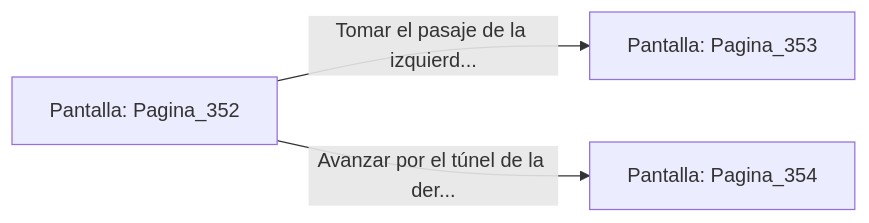
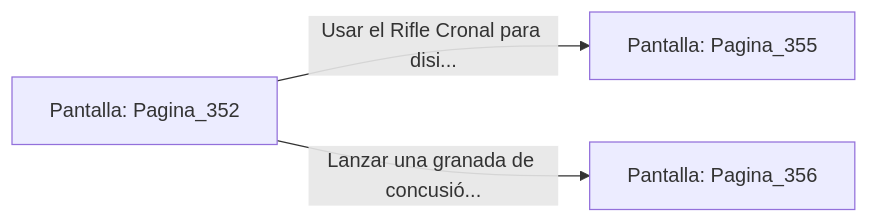
Before and after one commit to metsuke/mpl: the diagram in sample/eligejuego-vault/Pantalla_Pagina_352.md, drawn with Mermaid. The commit also changed other lines of this file and 635 other files, not shown here.

First line of the commit message:
fix: añadir Pagina_1 como pantalla inicial en capitulo_01.mpl

````diff
--- a/sample/eligejuego-vault/Pantalla_Pagina_352.md
+++ b/sample/eligejuego-vault/Pantalla_Pagina_352.md
@@ -20,6 +22,6 @@
 ```mermaid
 graph LR
     P_Pagina_352["Pantalla: Pagina_352"]
-    P_Pagina_352 -->|"Tomar el pasaje de la izquierd..."| P_Pagina_353["Pantalla: Pagina_353"]
-    P_Pagina_352 -->|"Avanzar por el túnel de la der..."| P_Pagina_354["Pantalla: Pagina_354"]
+    P_Pagina_352 -->|"Usar el Rifle Cronal para disi..."| P_Pagina_355["Pantalla: Pagina_355"]
+    P_Pagina_352 -->|"Lanzar una granada de concusió..."| P_Pagina_356["Pantalla: Pagina_356"]
 ```
````
